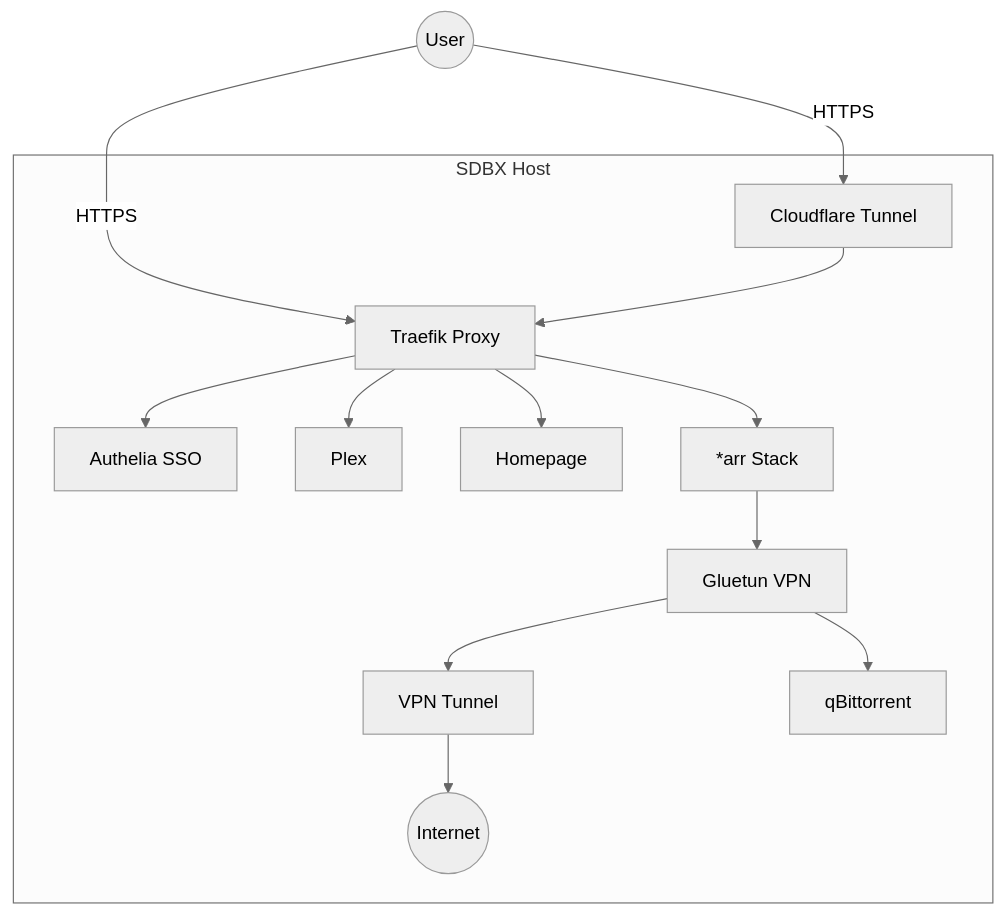
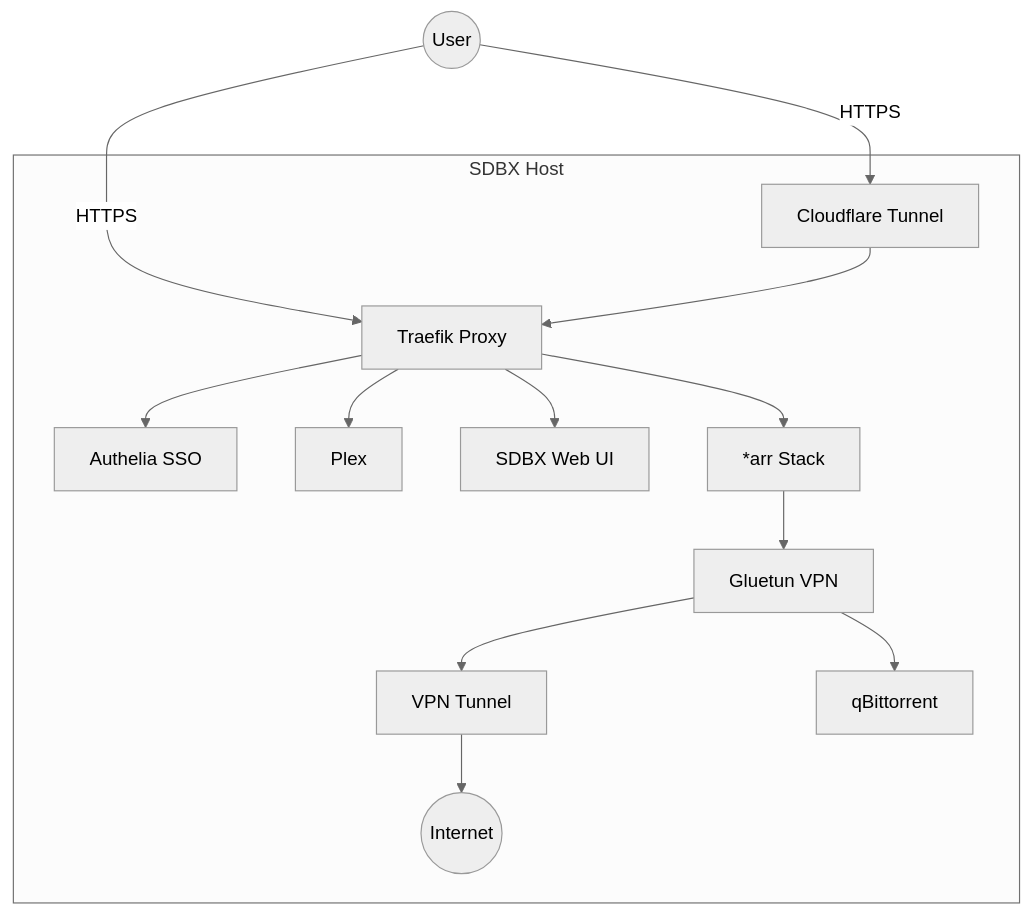
The diagram in README.md (maiko/SDBX), drawn with Mermaid (neutral theme) before and after one commit. The commit also changed other lines of this file and 9 other files, not shown here.

````diff
--- a/README.md
+++ b/README.md
@@ -34,20 +34,20 @@
 ```mermaid
 graph TD
     User((User)) -->|HTTPS| Cloudflare[Cloudflare Tunnel]
     User -->|HTTPS| Traefik[Traefik Proxy]
     
     subgraph "SDBX Host"
         Cloudflare --> Traefik
         
         Traefik --> Authelia[Authelia SSO]
         Traefik --> Plex
-        Traefik --> Homepage
+        Traefik --> WebUI[SDBX Web UI]
         Traefik --> Arrs[*arr Stack]
         
         Arrs --> DownloadWrapper[Gluetun VPN]
         DownloadWrapper --> VPN[VPN Tunnel]
         VPN --> Internet((Internet))
         
         DownloadWrapper --> qBit[qBittorrent]
     end
 ```
````
